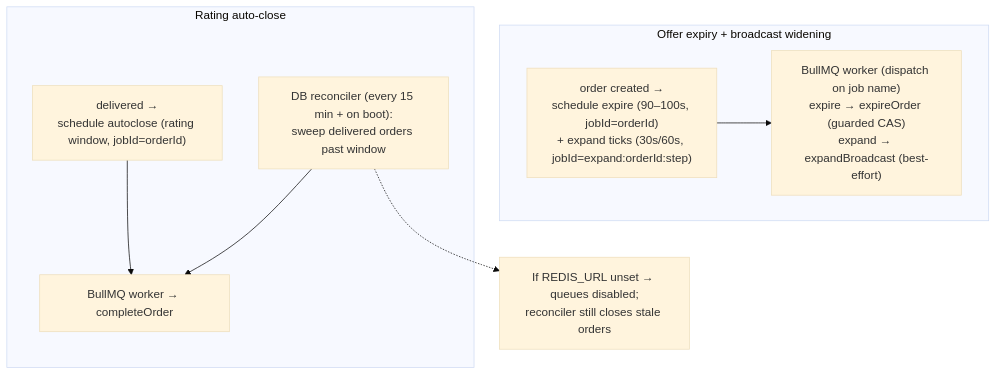
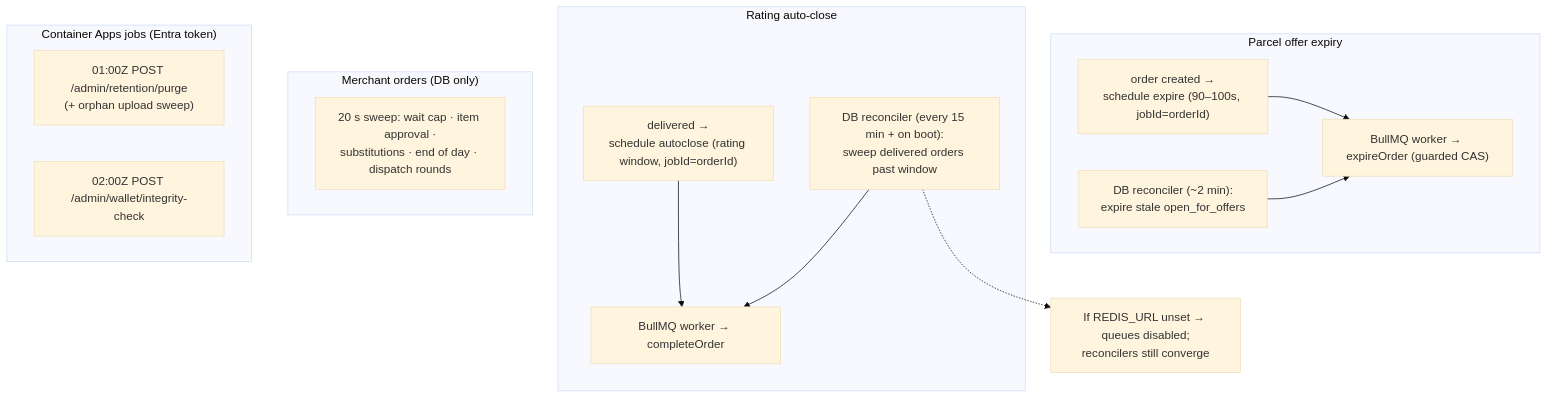
Before and after one commit to unnfazzed/Lynia: diagram 16 of 17 in docs/ARCHITECTURE.md, drawn with Mermaid (base theme). The commit also changed other lines of this file and 64 other files, not shown here.

````diff
--- a/docs/ARCHITECTURE.md
+++ b/docs/ARCHITECTURE.md
@@ -1060,19 +1214,30 @@
 ```mermaid
 graph TB
-    subgraph offer["Offer expiry + broadcast widening"]
-        o1["order created →<br/>schedule expire (90–100s, jobId=orderId)<br/>+ expand ticks (30s/60s, jobId=expand:orderId:step)"]
-        o2["BullMQ worker (dispatch on job name)<br/>expire → expireOrder (guarded CAS)<br/>expand → expandBroadcast (best-effort)"]
+    subgraph offer["Parcel offer expiry"]
+        o1["order created →<br/>schedule expire (90–100s, jobId=orderId)"]
+        o2["BullMQ worker → expireOrder (guarded CAS)"]
+        o3["DB reconciler (~2 min):<br/>expire stale open_for_offers"]
         o1 --> o2
+        o3 --> o2
     end
 
     subgraph close["Rating auto-close"]
         c1["delivered →<br/>schedule autoclose (rating window, jobId=orderId)"]
         c2["BullMQ worker → completeOrder"]
         c3["DB reconciler (every 15 min + on boot):<br/>sweep delivered orders past window"]
         c1 --> c2
         c3 --> c2
     end
 
-    note1["If REDIS_URL unset → queues disabled;<br/>reconciler still closes stale orders"]
+    subgraph merch["Merchant orders (DB only)"]
+        m1["20 s sweep: wait cap · item approval ·<br/>substitutions · end of day · dispatch rounds"]
+    end
+
+    subgraph daily["Container Apps jobs (Entra token)"]
+        d1["01:00Z POST /admin/retention/purge<br/>(+ orphan upload sweep)"]
+        d2["02:00Z POST /admin/wallet/integrity-check"]
+    end
+
+    note1["If REDIS_URL unset → queues disabled;<br/>reconcilers still converge"]
     c3 -.-> note1
 ```
````
